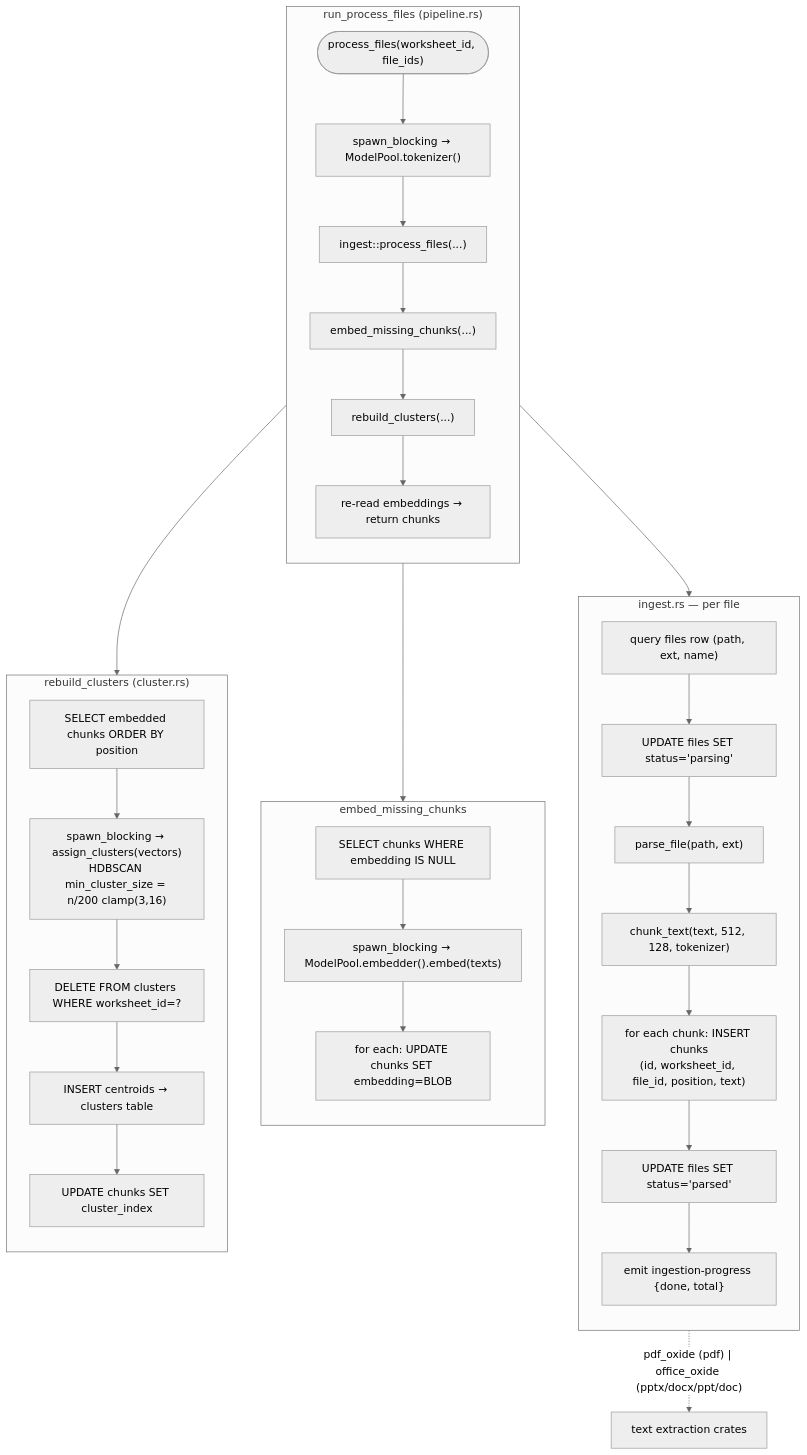
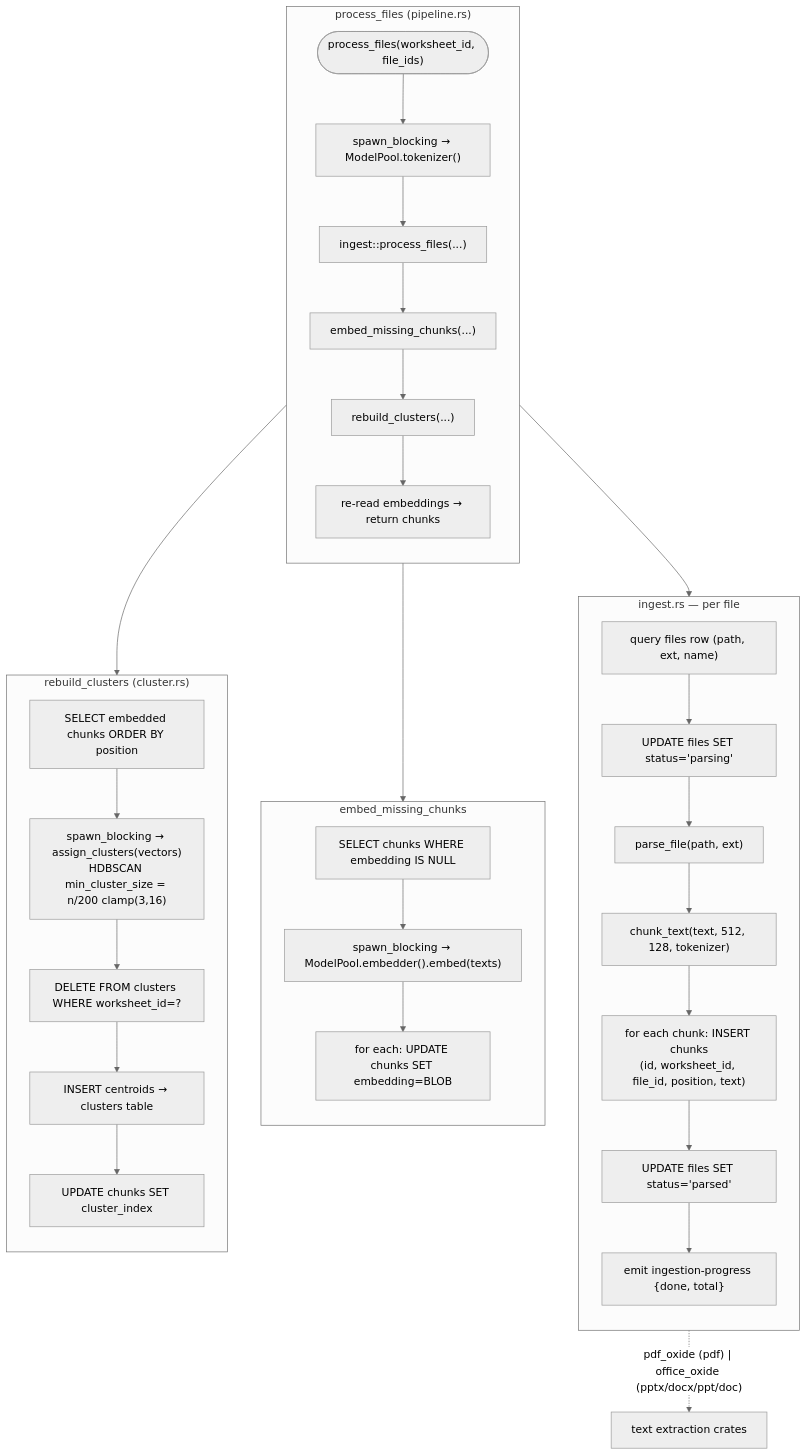
One commit to michaelhpet/worxheet changed the diagram in docs/diagrams/ingestion.md. Above: the diagram before and after it, drawn with Mermaid (neutral theme). The commit also changed other lines of this file and 13 other files, not shown here.

````diff
--- a/docs/diagrams/ingestion.md
+++ b/docs/diagrams/ingestion.md
@@ -7,55 +7,55 @@
 ```mermaid
 flowchart TB
-    subgraph PROCESS_FILES["run_process_files (pipeline.rs)"]
+    subgraph PROCESS_FILES["process_files (pipeline.rs)"]
         direction TB
         START(["process_files(worksheet_id, file_ids)"])
         TOK["spawn_blocking → ModelPool.tokenizer()"]
         INGEST["ingest::process_files(...)"]
         EMBED["embed_missing_chunks(...)"]
         CLUSTER["rebuild_clusters(...)"]
         REFRESH["re-read embeddings → return chunks"]
 
         START --> TOK --> INGEST --> EMBED --> CLUSTER --> REFRESH
     end
 
     subgraph INGEST_MOD["ingest.rs — per file"]
         direction TB
         QF["query files row (path, ext, name)"]
         ST1["UPDATE files SET status='parsing'"]
         PARSE["parse_file(path, ext)"]
         CHUNK["chunk_text(text, 512, 128, tokenizer)"]
         INSERT["for each chunk: INSERT chunks<br/>(id, worksheet_id, file_id, position, text)"]
         ST2["UPDATE files SET status='parsed'"]
         PROG["emit ingestion-progress {done, total}"]
 
         QF --> ST1 --> PARSE --> CHUNK --> INSERT --> ST2 --> PROG
     end
 
     INGEST --> QF
 
     subgraph EMBED_MOD["embed_missing_chunks"]
         direction TB
         QN["SELECT chunks WHERE embedding IS NULL"]
         BEMB["spawn_blocking → ModelPool.embedder().embed(texts)"]
         UP["for each: UPDATE chunks SET embedding=BLOB"]
 
         QN --> BEMB --> UP
     end
 
     EMBED --> QN
 
     subgraph CLUSTER_MOD["rebuild_clusters (cluster.rs)"]
         direction TB
         QE["SELECT embedded chunks ORDER BY position"]
         HDB["spawn_blocking → assign_clusters(vectors)<br/>HDBSCAN min_cluster_size = n/200 clamp(3,16)"]
         CLEAR["DELETE FROM clusters WHERE worksheet_id=?"]
         PERSIST["INSERT centroids → clusters table"]
         LABEL["UPDATE chunks SET cluster_index"]
 
         QE --> HDB --> CLEAR --> PERSIST --> LABEL
     end
 
     CLUSTER --> QE
 
     PARSE -. "pdf_oxide (pdf) | office_oxide (pptx/docx/ppt/doc)" .-> PARSERS["text extraction crates"]
 ```
````
